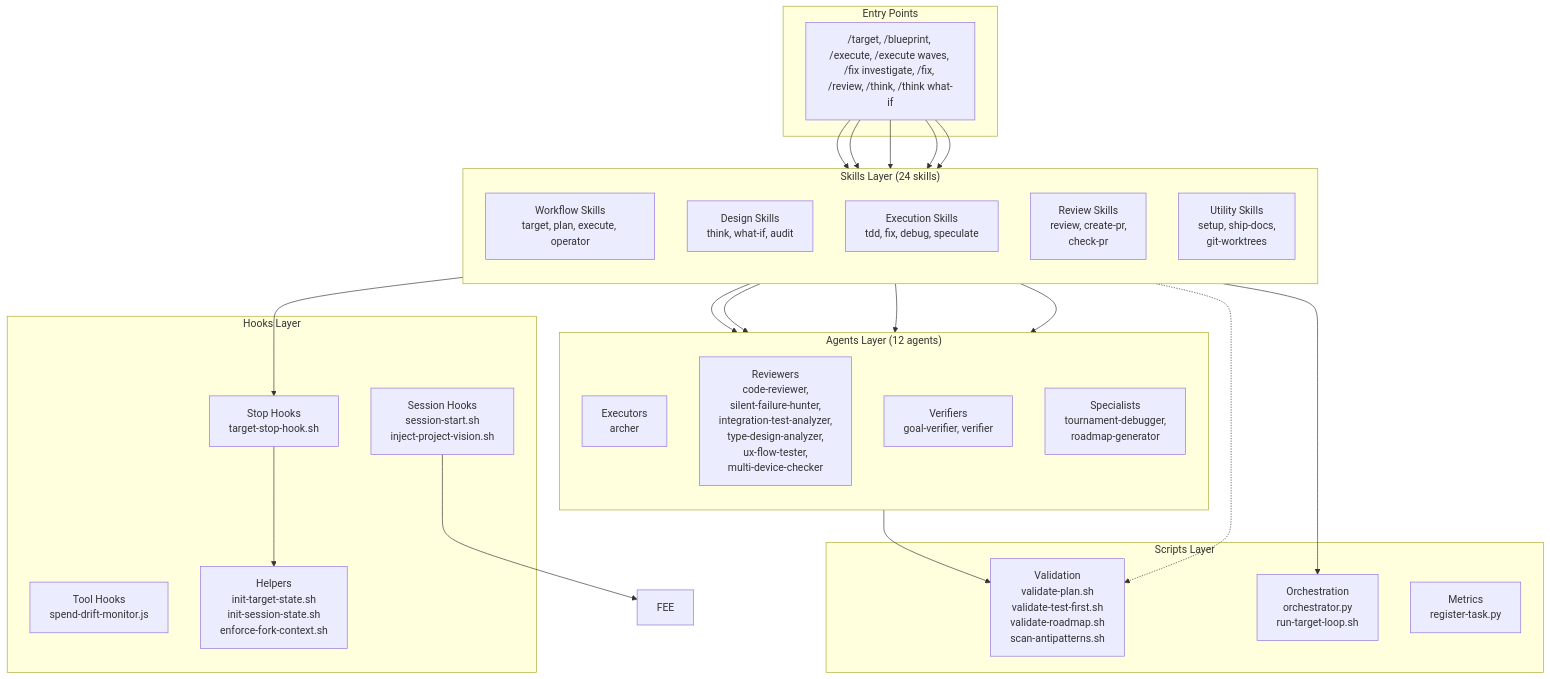
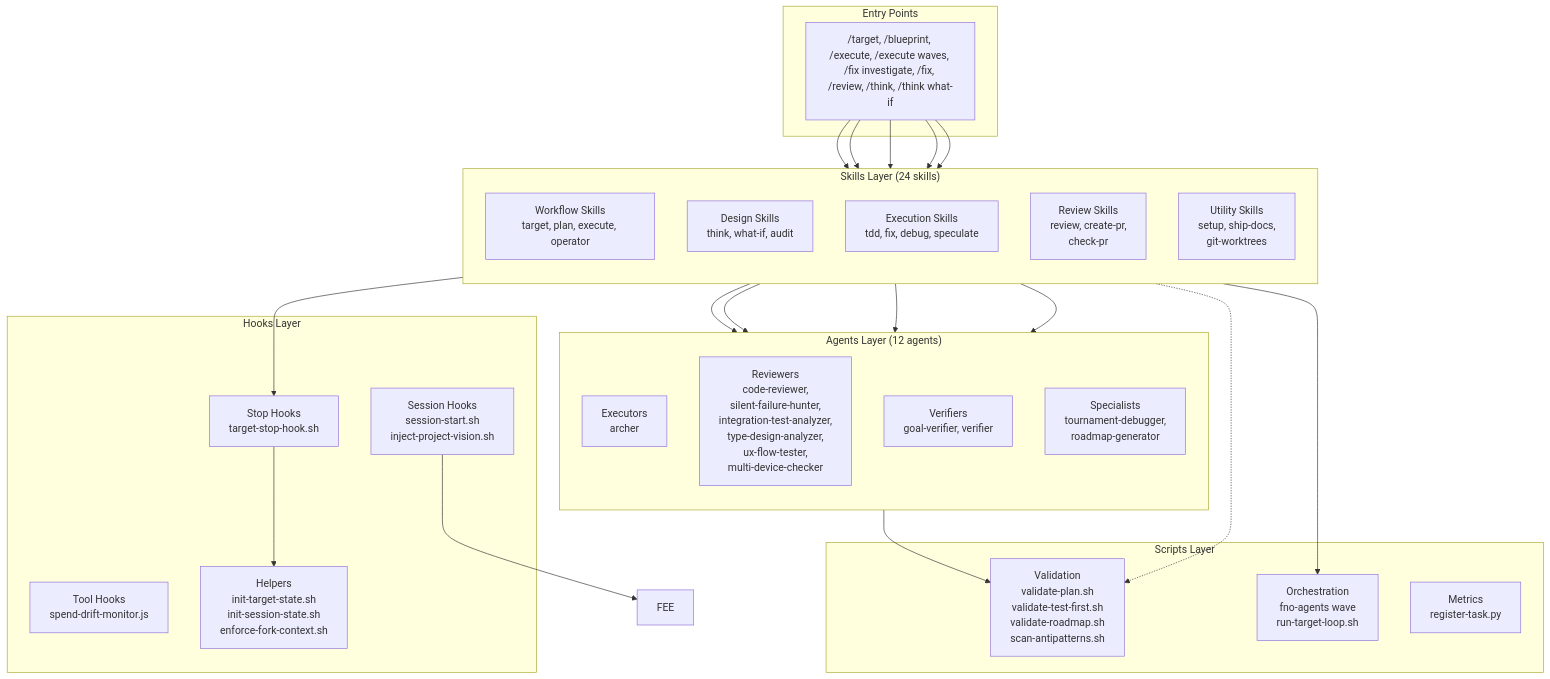
Before and after one commit to bllshttng/fno: the first of 6 diagrams in docs/system-architecture.md, drawn with Mermaid. The commit also changed other lines of this file and 30 other files, not shown here.

````diff
--- a/docs/system-architecture.md
+++ b/docs/system-architecture.md
@@ -42,55 +42,55 @@
 ```mermaid
 graph TB
     subgraph "Entry Points"
         CMD["/target, /blueprint, /execute, /execute waves, /fix investigate, /fix, /review, /think, /think what-if"]
     end
 
     subgraph "Skills Layer (24 skills)"
         direction TB
         WF["Workflow Skills<br/>target, plan, execute, operator"]
         DS["Design Skills<br/>think, what-if, audit"]
         EX["Execution Skills<br/>tdd, fix, debug, speculate"]
         RV["Review Skills<br/>review, create-pr,<br/>check-pr"]
         UT["Utility Skills<br/>setup, ship-docs,<br/>git-worktrees"]
     end
 
     subgraph "Agents Layer (12 agents)"
         direction TB
         EXEC["Executors<br/>archer"]
         REV["Reviewers<br/>code-reviewer,<br/>silent-failure-hunter,<br/>integration-test-analyzer,<br/>type-design-analyzer,<br/>ux-flow-tester,<br/>multi-device-checker"]
         VER["Verifiers<br/>goal-verifier, verifier"]
         SPEC["Specialists<br/>tournament-debugger,<br/>roadmap-generator"]
     end
 
     subgraph "Hooks Layer"
         STOP["Stop Hooks<br/>target-stop-hook.sh"]
         SESS["Session Hooks<br/>session-start.sh<br/>inject-project-vision.sh"]
         TOOL["Tool Hooks<br/>spend-drift-monitor.js"]
         HELP["Helpers<br/>init-target-state.sh<br/>init-session-state.sh<br/>enforce-fork-context.sh"]
     end
 
     subgraph "Scripts Layer"
         VAL["Validation<br/>validate-plan.sh<br/>validate-test-first.sh<br/>validate-roadmap.sh<br/>scan-antipatterns.sh"]
-        ORC["Orchestration<br/>orchestrator.py<br/>run-target-loop.sh"]
+        ORC["Orchestration<br/>fno-agents wave<br/>run-target-loop.sh"]
         MET["Metrics<br/>register-task.py"]
     end
 
     CMD --> WF
     CMD --> DS
     CMD --> EX
     CMD --> RV
     CMD --> UT
 
     WF --> EXEC
     WF --> VER
     RV --> REV
     EX --> EXEC
     DS -.-> VAL
 
     WF --> ORC
     WF --> STOP
     SESS --> FEE
     STOP --> HELP
 
     EXEC --> VAL
 ```
````
